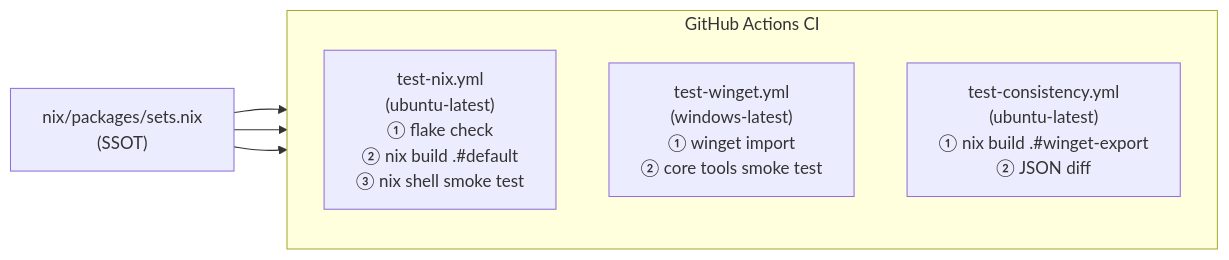
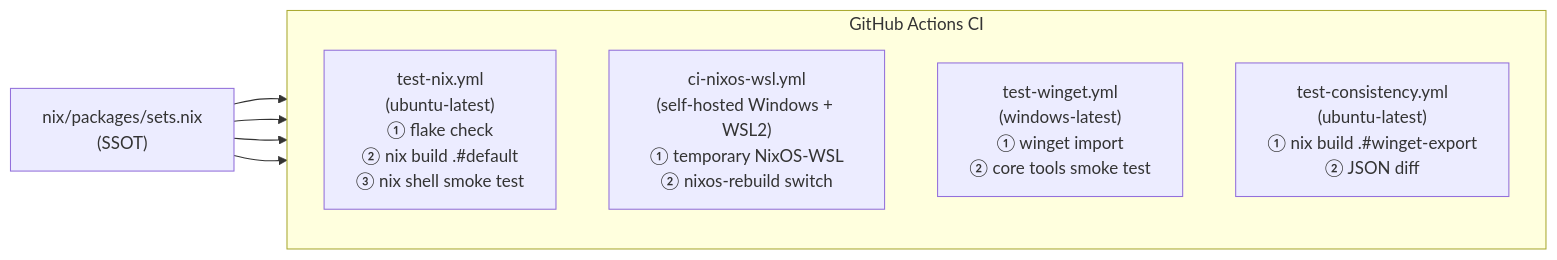
Before and after one commit to rurusasu/dotfiles: the diagram in docs/superpowers/specs/2026-05-09-cross-platform-ci-design.md, drawn with Mermaid. The commit also changed other lines of this file and 6 other files, not shown here.

Commit message:
add nixos wsl e2e ci

````diff
--- a/docs/superpowers/specs/2026-05-09-cross-platform-ci-design.md
+++ b/docs/superpowers/specs/2026-05-09-cross-platform-ci-design.md
@@ -40,15 +41,17 @@
 ```mermaid
 flowchart LR
     SSOT["nix/packages/sets.nix\n(SSOT)"]
 
     subgraph CI["GitHub Actions CI"]
         direction TB
         CNX["test-nix.yml\n(ubuntu-latest)\n① flake check\n② nix build .#default\n③ nix shell smoke test"]
+        CWSL["ci-nixos-wsl.yml\n(self-hosted Windows + WSL2)\n① temporary NixOS-WSL\n② nixos-rebuild switch"]
         CWG["test-winget.yml\n(windows-latest)\n① winget import\n② core tools smoke test"]
         CCO["test-consistency.yml\n(ubuntu-latest)\n① nix build .#winget-export\n② JSON diff"]
     end
 
     SSOT --> CNX
+    SSOT --> CWSL
     SSOT --> CWG
     SSOT --> CCO
 ```
````
